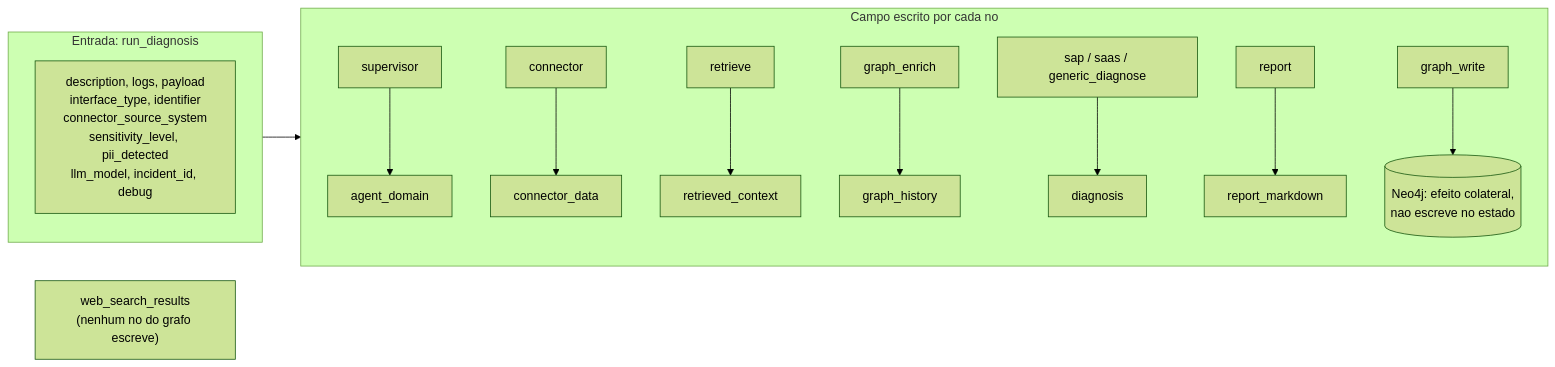
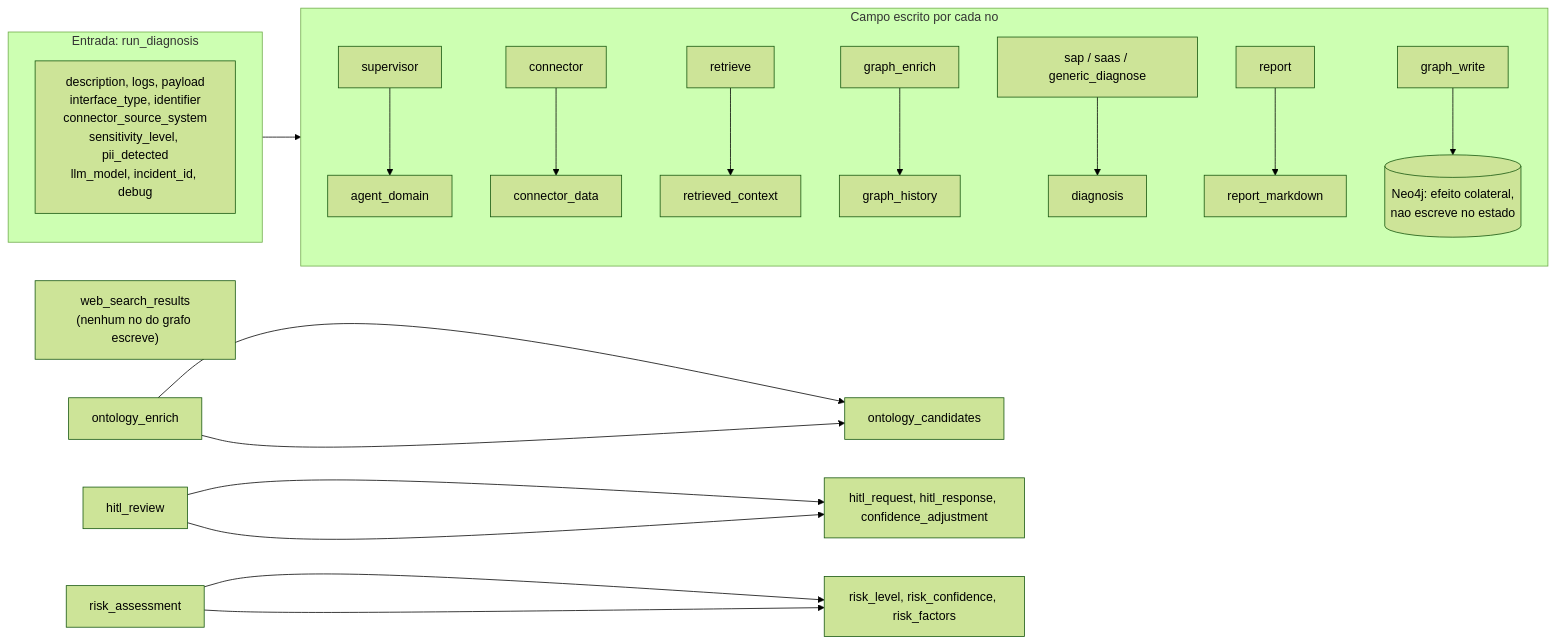
One commit to marcos-slima/integration-incident-copilot changed the fifth of 15 diagrams in docs/ARCHITECTURE.md. Above: the diagram before and after it, drawn with Mermaid (forest theme). The commit also changed other lines of this file and 14 other files, not shown here.

First line of the commit message:
feat(DA-61): implement Fase 6 (HITL + risk assessment)

````diff
--- a/docs/ARCHITECTURE.md
+++ b/docs/ARCHITECTURE.md
@@ -209,17 +218,23 @@
 ```mermaid
 flowchart LR
     subgraph entrada["Entrada: run_diagnosis"]
         e1["description, logs, payload<br/>interface_type, identifier<br/>connector_source_system<br/>sensitivity_level, pii_detected<br/>llm_model, incident_id, debug"]
     end
     subgraph nos["Campo escrito por cada no"]
         sup["supervisor"] --> s1["agent_domain"]
         con["connector"] --> s2["connector_data"]
         ret["retrieve"] --> s3["retrieved_context"]
         gen["graph_enrich"] --> s4["graph_history"]
         dia["sap / saas / generic_diagnose"] --> s5["diagnosis"]
         rep["report"] --> s6["report_markdown"]
         gw["graph_write"] --> n4j[("Neo4j: efeito colateral,<br/>nao escreve no estado")]
     end
     morto["web_search_results<br/>(nenhum no do grafo escreve)"]
+    ont["ontology_enrich"] --> s7["ontology_candidates"]
+    hitl["hitl_review"] --> s8["hitl_request, hitl_response, confidence_adjustment"]
+    risk["risk_assessment"] --> s9["risk_level, risk_confidence, risk_factors"]
     entrada --> nos
+    ont --> s7
+    hitl --> s8
+    risk --> s9
 ```
````
